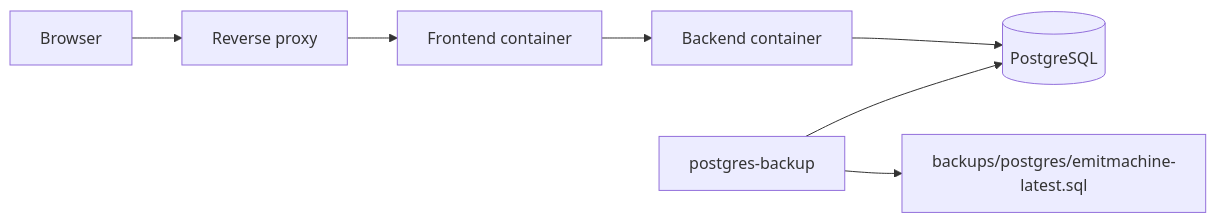
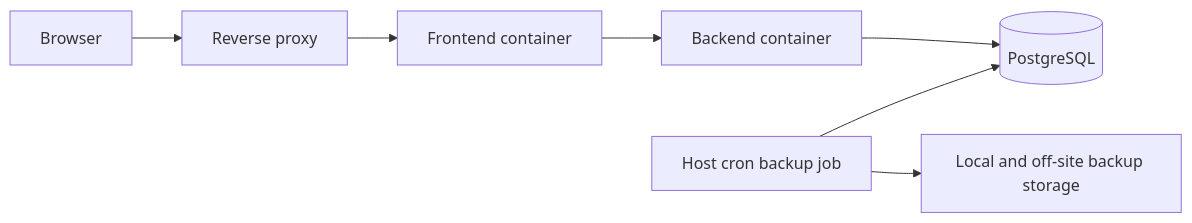
One commit to myblacksloth/emiTMachine changed the first of 2 diagrams in doc/deployment.md. Above: the diagram before and after it, drawn with Mermaid. The commit also changed other lines of this file and 13 other files, not shown here.

````diff
--- a/doc/deployment.md
+++ b/doc/deployment.md
@@ -15,9 +15,9 @@
 ```mermaid
 flowchart LR
   Browser[Browser] --> ReverseProxy[Reverse proxy]
   ReverseProxy --> Frontend[Frontend container]
   Frontend --> Backend[Backend container]
   Backend --> Postgres[(PostgreSQL)]
-  Backup[postgres-backup] --> Postgres
-  Backup --> Dump[backups/postgres/emitmachine-latest.sql]
+  HostCron[Host cron backup job] --> Postgres
+  HostCron --> BackupStore[Local and off-site backup storage]
 ```
````
